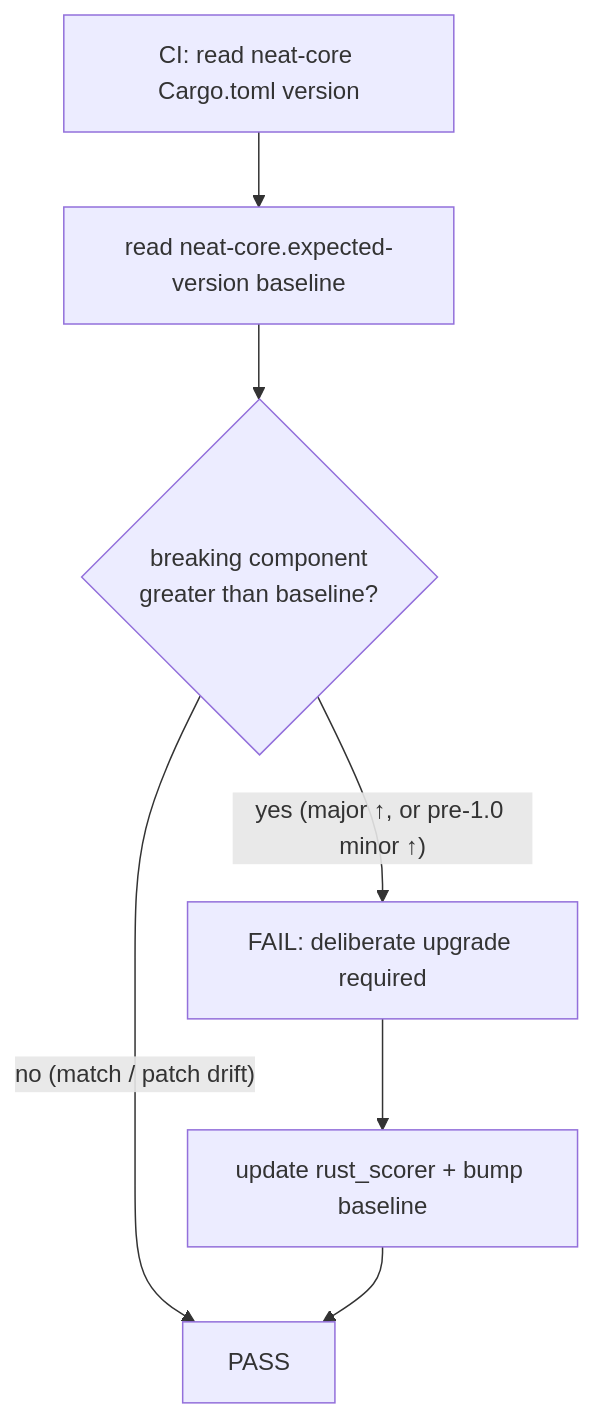
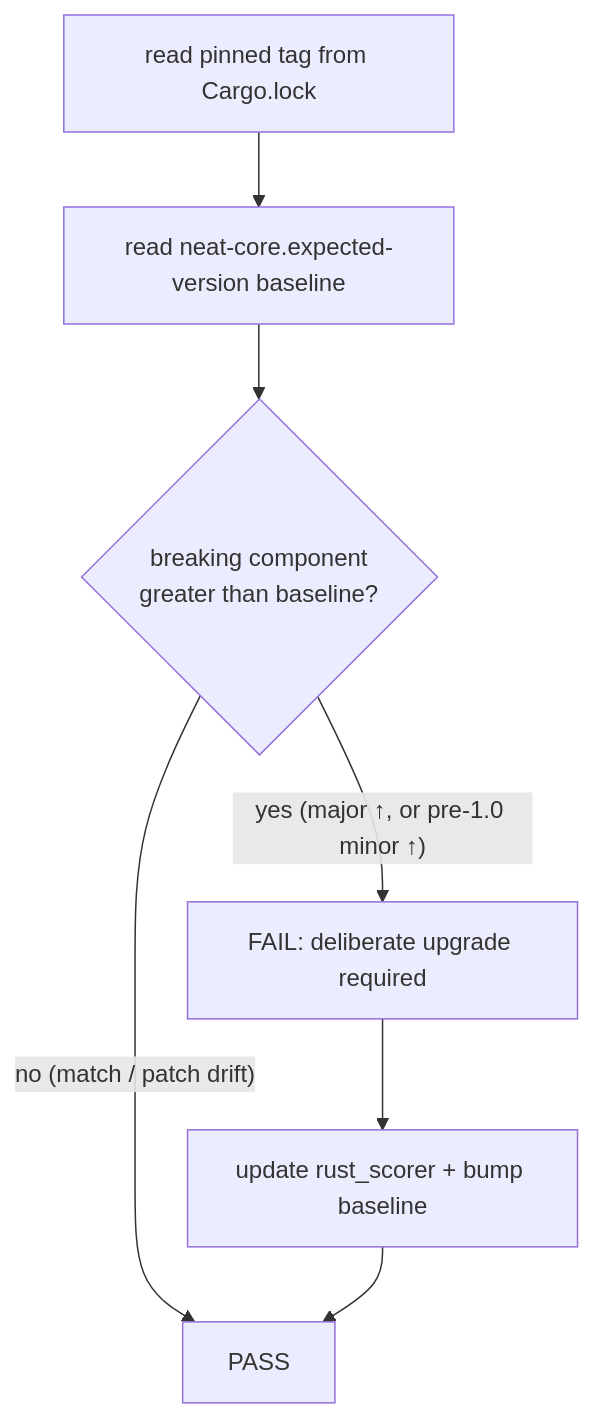
One commit to stSoftwareAU/NEAT-AI-scorer changed diagram 17 of 26 in README.md. Above: the diagram before and after it, drawn with Mermaid. The commit also changed other lines of this file and 37 other files, not shown here.

First line of the commit message:
Pin neat-core to a release tag and refresh the pin on every PR (Issue #630) (#633)

````diff
--- a/README.md
+++ b/README.md
@@ -1323,9 +1357,9 @@
 ```mermaid
 flowchart TD
-    A[CI: read neat-core Cargo.toml version] --> B[read neat-core.expected-version baseline]
+    A[read pinned tag from Cargo.lock] --> B[read neat-core.expected-version baseline]
     B --> C{breaking component<br/>greater than baseline?}
     C -->|"yes (major ↑, or pre-1.0 minor ↑)"| D[FAIL: deliberate upgrade required]
     C -->|"no (match / patch drift)"| E[PASS]
     D --> F[update rust_scorer + bump baseline]
     F --> E
 ```
````
